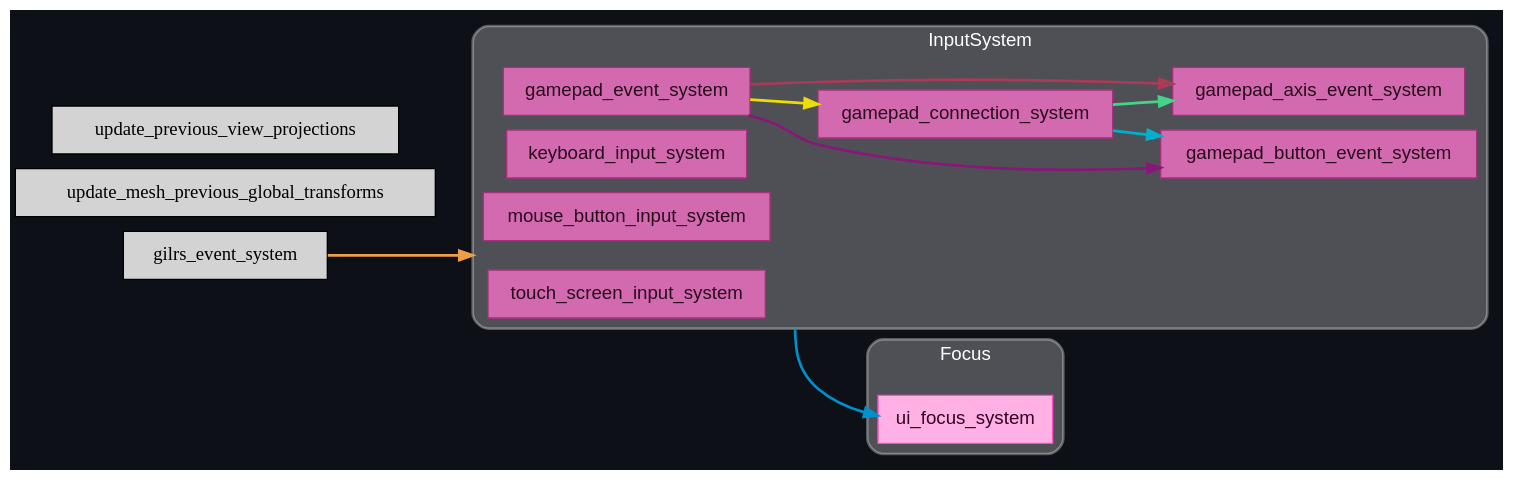
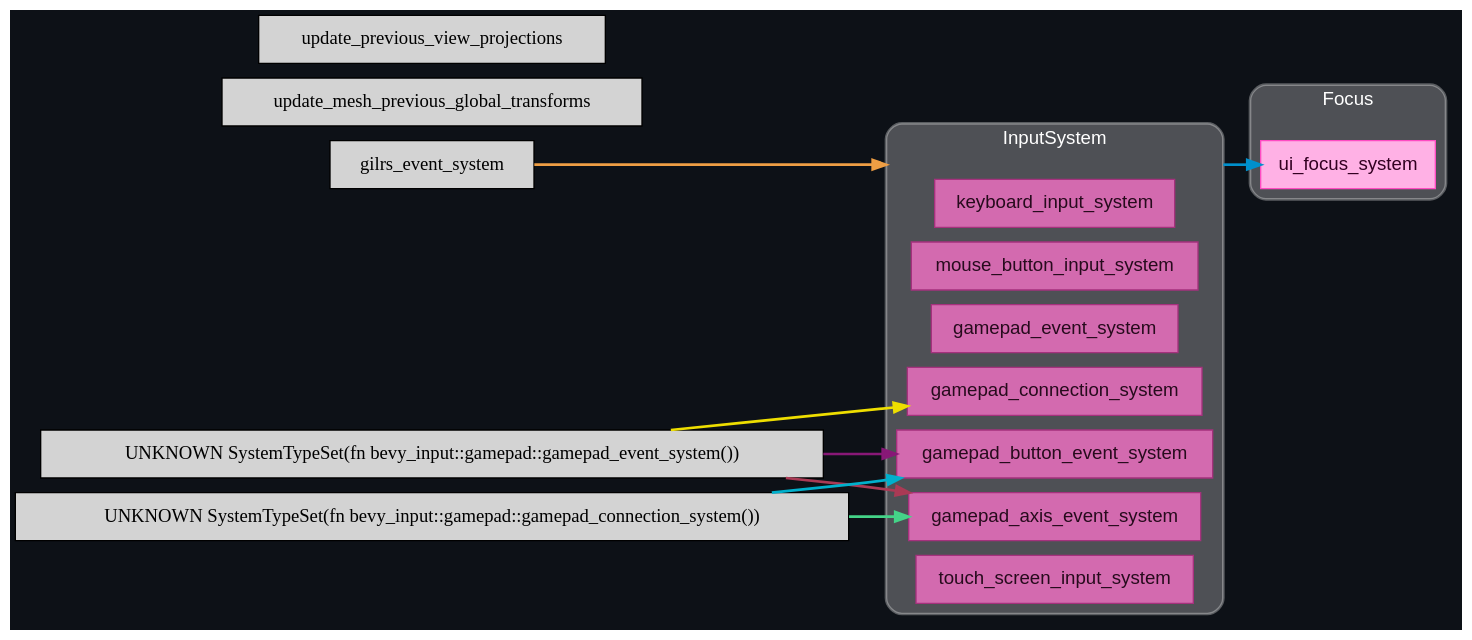
Before and after one commit to jakobhellermann/bevy_mod_debugdump: the diagram in docs/schedule/dark/schedule_PreUpdate.dot, drawn with Graphviz. The commit also changed 58 other files, not shown here.

```diff
--- a/docs/schedule/dark/schedule_PreUpdate.dot
+++ b/docs/schedule/dark/schedule_PreUpdate.dot
@@ -1,50 +1,50 @@
 digraph "" {
 	"compound"="true";
 	"splines"="spline";
 	"rankdir"="LR";
 	"bgcolor"="#0d1117";
 	"fontname"="Helvetica";
 	"nodesep"="0.15";
 	edge ["penwidth"="2"];
 	node ["shape"="box", "style"="filled"];
 	subgraph "clusternode_Set(1)" {
 		"style"="rounded,filled";
 		"label"="InputSystem";
 		"tooltip"="InputSystem";
 		"fillcolor"="#ffffff44";
 		"fontcolor"="#ffffff";
 		"color"="#ffffff50";
 		"penwidth"="2";
 		"set_marker_node_Set(1)" ["style"="invis", "label"="", "height"="0", "shape"="point"]
 		"node_System(0)" ["label"="keyboard_input_system", "tooltip"="bevy_input::keyboard::keyboard_input_system", "fillcolor"="#d36aaf", "fontname"="Helvetica", "fontcolor"="#270b1d", "color"="#a5317d", "penwidth"="1"]
 		"node_System(1)" ["label"="mouse_button_input_system", "tooltip"="bevy_input::mouse::mouse_button_input_system", "fillcolor"="#d36aaf", "fontname"="Helvetica", "fontcolor"="#270b1d", "color"="#a5317d", "penwidth"="1"]
 		"node_System(2)" ["label"="gamepad_event_system", "tooltip"="bevy_input::gamepad::gamepad_event_system", "fillcolor"="#d36aaf", "fontname"="Helvetica", "fontcolor"="#270b1d", "color"="#a5317d", "penwidth"="1"]
 		"node_System(3)" ["label"="gamepad_connection_system", "tooltip"="bevy_input::gamepad::gamepad_connection_system", "fillcolor"="#d36aaf", "fontname"="Helvetica", "fontcolor"="#270b1d", "color"="#a5317d", "penwidth"="1"]
 		"node_System(4)" ["label"="gamepad_button_event_system", "tooltip"="bevy_input::gamepad::gamepad_button_event_system", "fillcolor"="#d36aaf", "fontname"="Helvetica", "fontcolor"="#270b1d", "color"="#a5317d", "penwidth"="1"]
 		"node_System(5)" ["label"="gamepad_axis_event_system", "tooltip"="bevy_input::gamepad::gamepad_axis_event_system", "fillcolor"="#d36aaf", "fontname"="Helvetica", "fontcolor"="#270b1d", "color"="#a5317d", "penwidth"="1"]
 		"node_System(6)" ["label"="touch_screen_input_system", "tooltip"="bevy_input::touch::touch_screen_input_system", "fillcolor"="#d36aaf", "fontname"="Helvetica", "fontcolor"="#270b1d", "color"="#a5317d", "penwidth"="1"]
 	}
 	
 	subgraph "clusternode_Set(9)" {
 		"style"="rounded,filled";
 		"label"="Focus";
 		"tooltip"="Focus";
 		"fillcolor"="#ffffff44";
 		"fontcolor"="#ffffff";
 		"color"="#ffffff50";
 		"penwidth"="2";
 		"set_marker_node_Set(9)" ["style"="invis", "label"="", "height"="0", "shape"="point"]
 		"node_System(7)" ["label"="ui_focus_system", "tooltip"="bevy_ui::focus::ui_focus_system", "fillcolor"="#ffb1e5", "fontname"="Helvetica", "fontcolor"="#320021", "color"="#ff4bc2", "penwidth"="1"]
 	}
 	
 	"node_System(8)" ["label"="update_mesh_previous_global_transforms", "tooltip"="bevy_pbr::prepass::update_mesh_previous_global_transforms"]
 	"node_System(9)" ["label"="update_previous_view_projections", "tooltip"="bevy_pbr::prepass::update_previous_view_projections"]
 	"node_System(10)" ["label"="gilrs_event_system", "tooltip"="bevy_gilrs::gilrs_system::gilrs_event_system"]
-	"node_System(2)" -> "node_System(3)" ["lhead"="", "ltail"="", "tooltip"="SystemTypeSet(gamepad_event_system()) → gamepad_connection_system", "color"="#eede00"]
-	"node_System(2)" -> "node_System(4)" ["lhead"="", "ltail"="", "tooltip"="SystemTypeSet(gamepad_event_system()) → gamepad_button_event_system", "color"="#881877"]
-	"node_System(3)" -> "node_System(4)" ["lhead"="", "ltail"="", "tooltip"="SystemTypeSet(gamepad_connection_system()) → gamepad_button_event_system", "color"="#00b0cc"]
-	"node_System(2)" -> "node_System(5)" ["lhead"="", "ltail"="", "tooltip"="SystemTypeSet(gamepad_event_system()) → gamepad_axis_event_system", "color"="#aa3a55"]
-	"node_System(3)" -> "node_System(5)" ["lhead"="", "ltail"="", "tooltip"="SystemTypeSet(gamepad_connection_system()) → gamepad_axis_event_system", "color"="#44d488"]
+	"UNKNOWN SystemTypeSet(fn bevy_input::gamepad::gamepad_event_system())" -> "node_System(3)" ["lhead"="", "ltail"="", "tooltip"="SystemTypeSet(gamepad_event_system()) → gamepad_connection_system", "color"="#eede00"]
+	"UNKNOWN SystemTypeSet(fn bevy_input::gamepad::gamepad_event_system())" -> "node_System(4)" ["lhead"="", "ltail"="", "tooltip"="SystemTypeSet(gamepad_event_system()) → gamepad_button_event_system", "color"="#881877"]
+	"UNKNOWN SystemTypeSet(fn bevy_input::gamepad::gamepad_connection_system())" -> "node_System(4)" ["lhead"="", "ltail"="", "tooltip"="SystemTypeSet(gamepad_connection_system()) → gamepad_button_event_system", "color"="#00b0cc"]
+	"UNKNOWN SystemTypeSet(fn bevy_input::gamepad::gamepad_event_system())" -> "node_System(5)" ["lhead"="", "ltail"="", "tooltip"="SystemTypeSet(gamepad_event_system()) → gamepad_axis_event_system", "color"="#aa3a55"]
+	"UNKNOWN SystemTypeSet(fn bevy_input::gamepad::gamepad_connection_system())" -> "node_System(5)" ["lhead"="", "ltail"="", "tooltip"="SystemTypeSet(gamepad_connection_system()) → gamepad_axis_event_system", "color"="#44d488"]
 	"set_marker_node_Set(1)" -> "node_System(7)" ["lhead"="", "ltail"="clusternode_Set(1)", "tooltip"="InputSystem → ui_focus_system", "color"="#0090cc"]
 	"node_System(10)" -> "set_marker_node_Set(1)" ["lhead"="clusternode_Set(1)", "ltail"="", "tooltip"="gilrs_event_system → InputSystem", "color"="#ee9e44"]
 }
```
